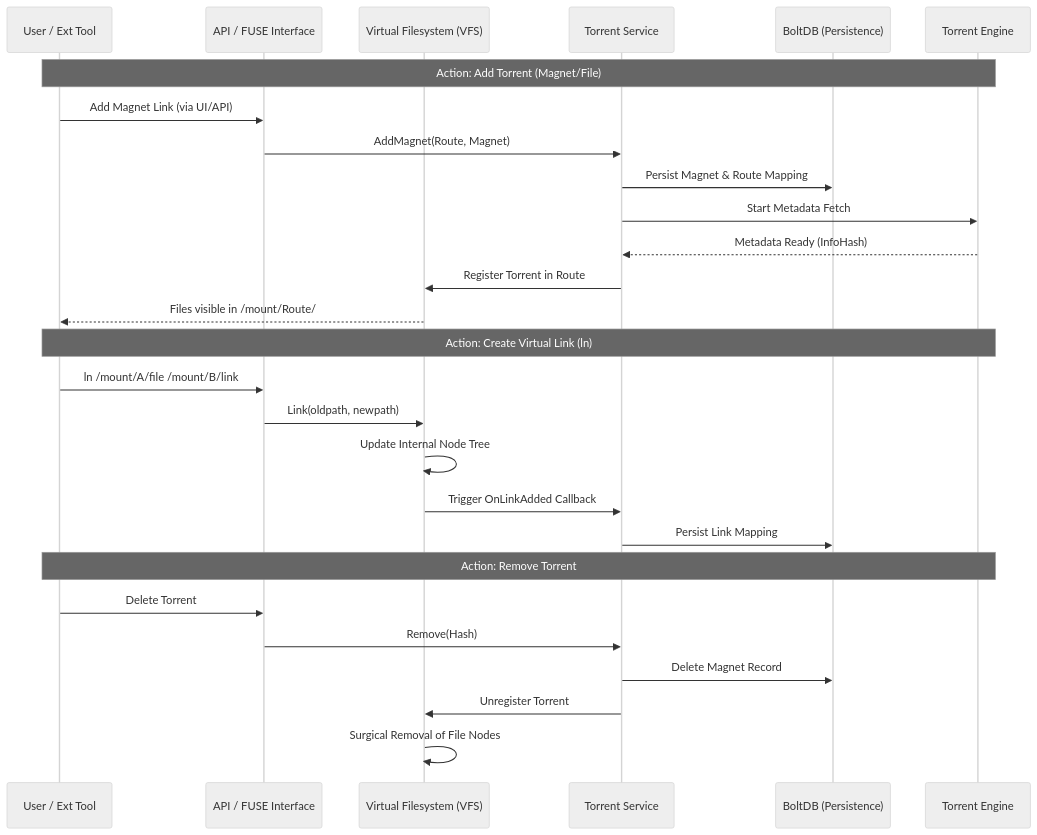
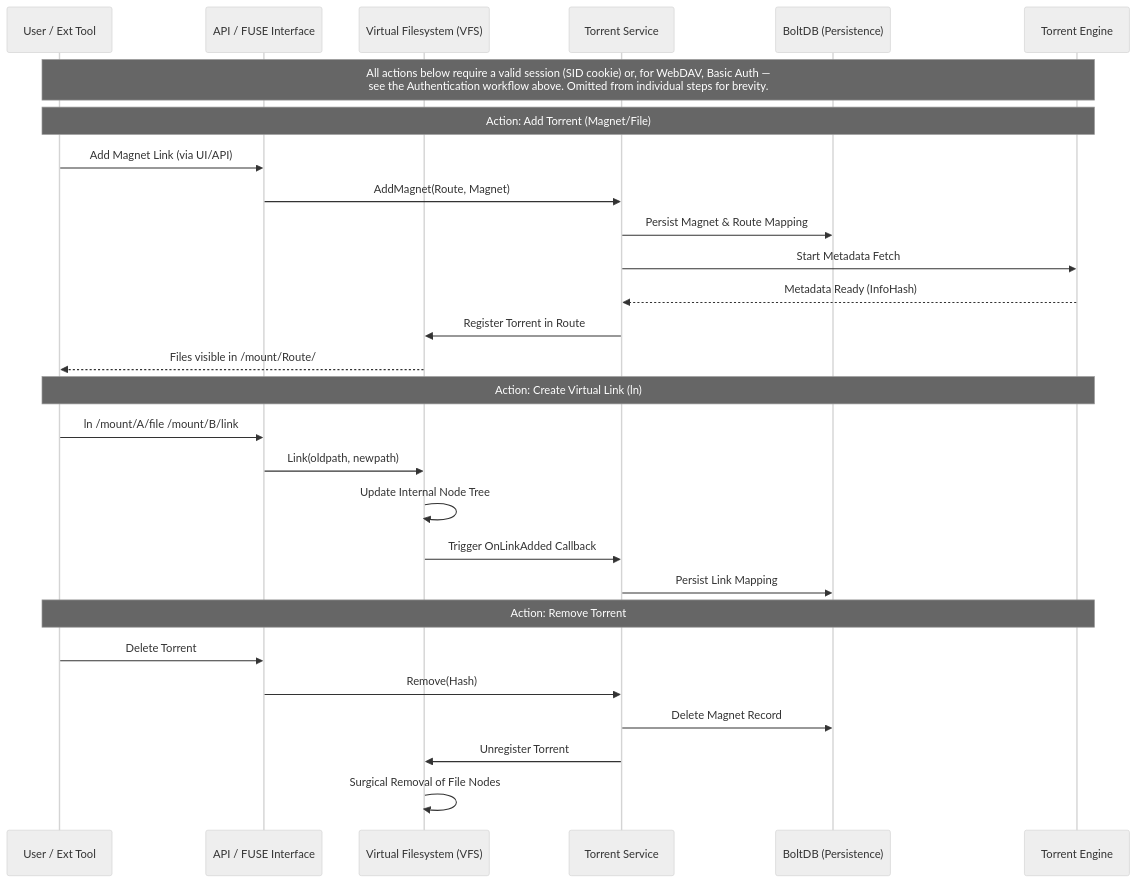
The fourth of 5 diagrams in docs/workflows.md (Apollogeddon/distribyted), drawn with Mermaid (neutral theme) before and after one commit. The commit also changed other lines of this file and 2 other files, not shown here.

Commit message:
docs: document auth model, updated Go/test requirements, and internal/ layout

````diff
--- a/docs/workflows.md
+++ b/docs/workflows.md
@@ -89,32 +122,34 @@
 ```mermaid
 sequenceDiagram
     participant User as User / Ext Tool
     participant API as API / FUSE Interface
     participant VFS as Virtual Filesystem (VFS)
     participant TS as Torrent Service
     participant DB as BoltDB (Persistence)
     participant Engine as Torrent Engine
+
+    Note over User, Engine: All actions below require a valid session (SID cookie) or, for WebDAV, Basic Auth —<br/>see the Authentication workflow above. Omitted from individual steps for brevity.
 
     Note over User, Engine: Action: Add Torrent (Magnet/File)
     User->>API: Add Magnet Link (via UI/API)
     API->>TS: AddMagnet(Route, Magnet)
     TS->>DB: Persist Magnet & Route Mapping
     TS->>Engine: Start Metadata Fetch
     Engine-->>TS: Metadata Ready (InfoHash)
     TS->>VFS: Register Torrent in Route
     VFS-->>User: Files visible in /mount/Route/
 
     Note over User, Engine: Action: Create Virtual Link (ln)
     User->>API: ln /mount/A/file /mount/B/link
     API->>VFS: Link(oldpath, newpath)
     VFS->>VFS: Update Internal Node Tree
     VFS->>TS: Trigger OnLinkAdded Callback
     TS->>DB: Persist Link Mapping
 
     Note over User, Engine: Action: Remove Torrent
     User->>API: Delete Torrent
     API->>TS: Remove(Hash)
     TS->>DB: Delete Magnet Record
     TS->>VFS: Unregister Torrent
     VFS->>VFS: Surgical Removal of File Nodes
 ```
````
